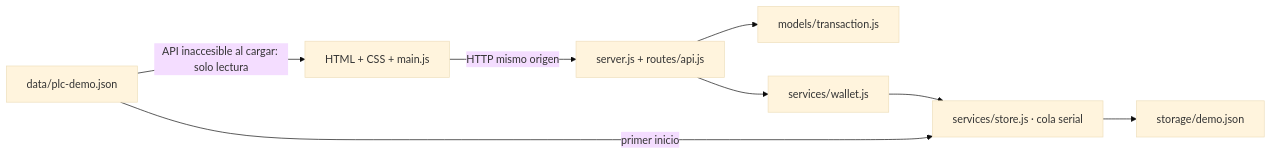
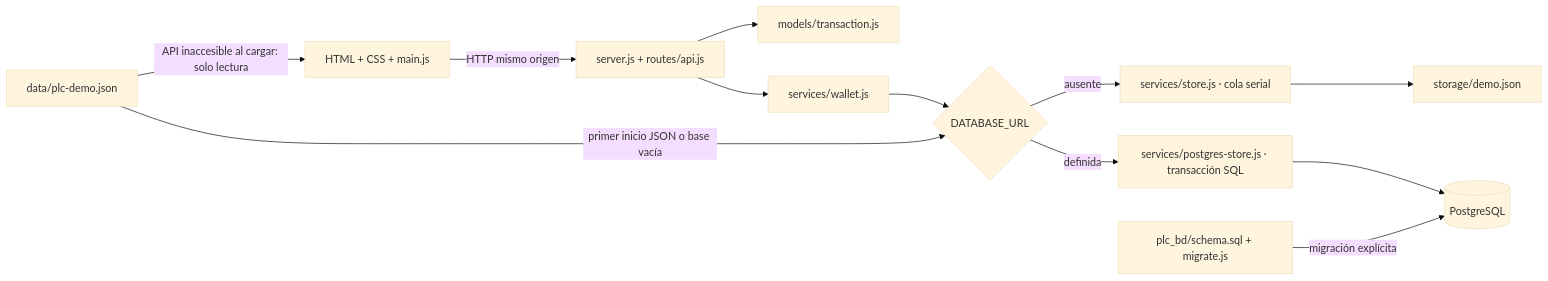
One commit to ddepazos/plc changed the diagram in README.md. Above: the diagram before and after it, drawn with Mermaid (base theme). The commit also changed other lines of this file and 13 other files, not shown here.

Commit message:
Harden demo PostgreSQL store and document private AWS trial

````diff
--- a/README.md
+++ b/README.md
@@ -50,10 +67,14 @@
 ```mermaid
 flowchart LR
   UI[HTML + CSS + main.js] -->|HTTP mismo origen| API[server.js + routes/api.js]
   API --> VALID[models/transaction.js]
   API --> WALLET[services/wallet.js]
-  WALLET --> STORE[services/store.js · cola serial]
+  WALLET --> MODE{DATABASE_URL}
+  MODE -->|ausente| STORE[services/store.js · cola serial]
   STORE --> DISK[storage/demo.json]
-  SEED[data/plc-demo.json] -->|primer inicio| STORE
+  MODE -->|definida| PG[services/postgres-store.js · transacción SQL]
+  PG --> DB[(PostgreSQL)]
+  SCHEMA[plc_bd/schema.sql + migrate.js] -->|migración explícita| DB
+  SEED[data/plc-demo.json] -->|primer inicio JSON o base vacía| MODE
   SEED -->|API inaccesible al cargar: solo lectura| UI
 ```
````
